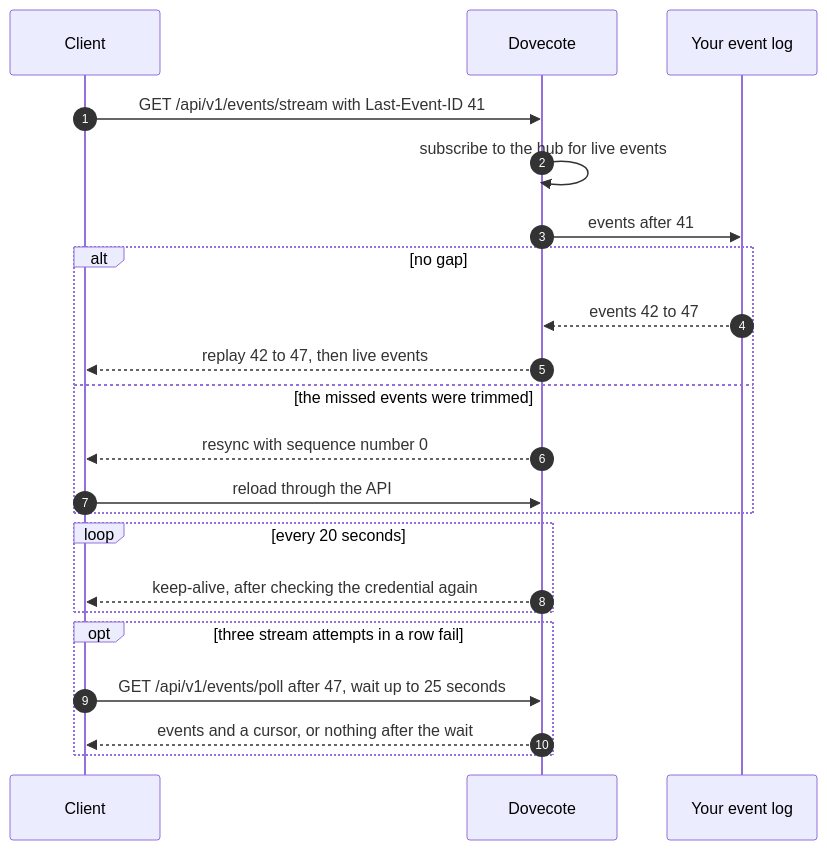
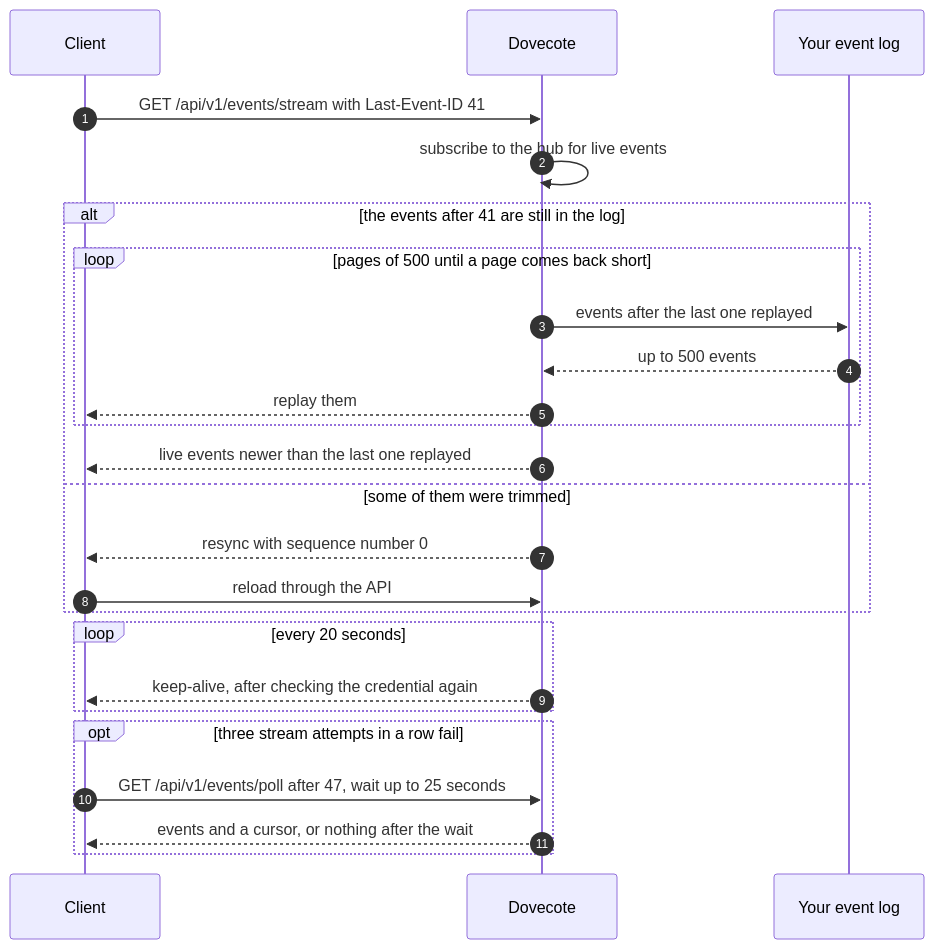
The ninth of 10 diagrams in docs/architecture.md (let-sunny/homingbird), drawn with Mermaid before and after one commit. The commit also changed other lines of this file and 22 other files, not shown here.

First line of the commit message:
Close four gaps found while documenting the architecture

````diff
--- a/docs/architecture.md
+++ b/docs/architecture.md
@@ -415,24 +431,27 @@
 ```mermaid
 sequenceDiagram
   autonumber
   participant C as Client
   participant S as Dovecote
   participant L as Your event log
   C->>S: GET /api/v1/events/stream with Last-Event-ID 41
   S->>S: subscribe to the hub for live events
-  S->>L: events after 41
-  alt no gap
-    L-->>S: events 42 to 47
-    S-->>C: replay 42 to 47, then live events
-  else the missed events were trimmed
+  alt the events after 41 are still in the log
+    loop pages of 500 until a page comes back short
+      S->>L: events after the last one replayed
+      L-->>S: up to 500 events
+      S-->>C: replay them
+    end
+    S-->>C: live events newer than the last one replayed
+  else some of them were trimmed
     S-->>C: resync with sequence number 0
     C->>S: reload through the API
   end
   loop every 20 seconds
     S-->>C: keep-alive, after checking the credential again
   end
   opt three stream attempts in a row fail
     C->>S: GET /api/v1/events/poll after 47, wait up to 25 seconds
     S-->>C: events and a cursor, or nothing after the wait
   end
 ```
````
